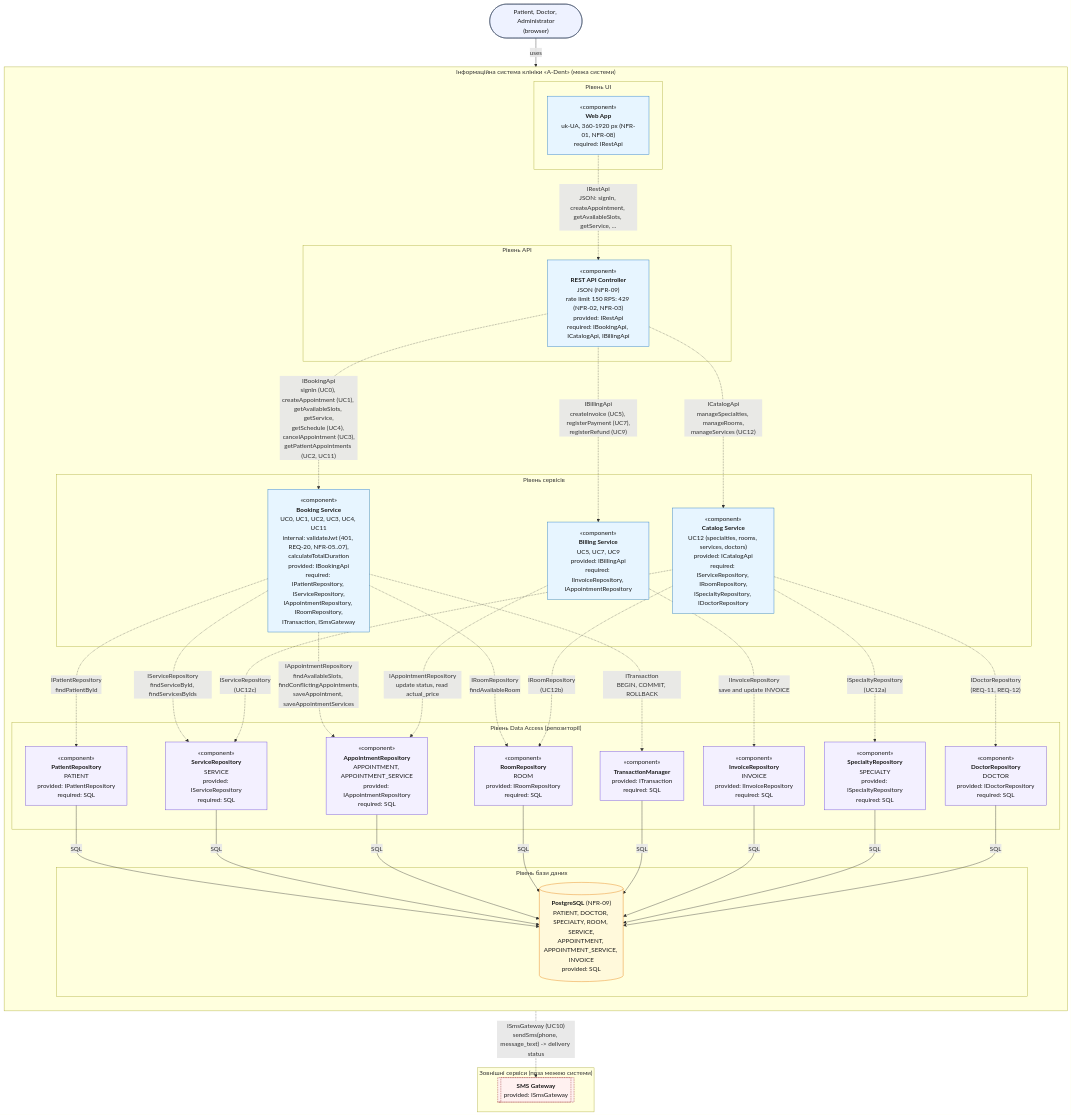
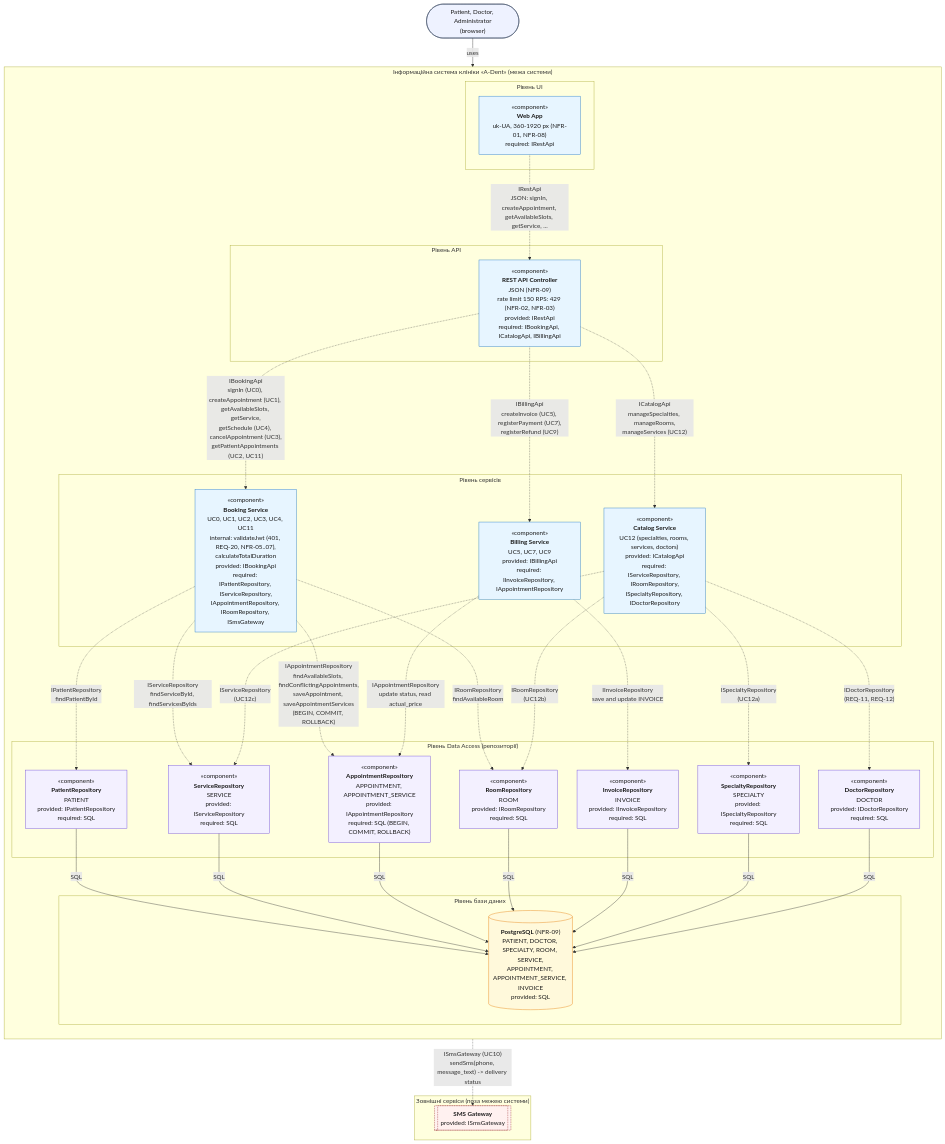
Before and after one commit to dvsqwx/KPI: the diagram in component-diagram.mmd, drawn with Mermaid.

Commit message:
refactor(component): remove TransactionManager and move DB transaction to AppointmentRepository

```diff
--- a/component-diagram.mmd
+++ b/component-diagram.mmd
@@ -1,90 +1,87 @@
 %% Component diagram — архітектура системи «A-Dent», spec.md розділ 12.
 %% Нотація (Mermaid flowchart): прямокутник «component» — компонент; межа системи — зовнішній subgraph; рівні — вкладені subgraph.
 %% У кожному компоненті вказано provided (що він надає) і required (що йому потрібно) інтерфейси.
 %% Пунктирна стрілка — залежність від required-інтерфейсу: напрямок від споживача до постачальника, підпис — інтерфейс і виклики.
 %% Назви методів і сутностей збігаються з sequence-diagram.mmd, activity-diagram.mmd, use-case-diagram.mmd та er-diagram.mmd.
 flowchart TB
 
     Users(["Patient, Doctor, Administrator<br/>(browser)"]):::actor
 
     subgraph SYS["Інформаційна система клініки «A-Dent» (межа системи)"]
         direction TB
 
         subgraph UI["Рівень UI"]
             WebApp["«component»<br/><b>Web App</b><br/>uk-UA, 360-1920 px (NFR-01, NFR-08)<br/>required: IRestApi"]:::comp
         end
 
         subgraph API["Рівень API"]
             Controller["«component»<br/><b>REST API Controller</b><br/>JSON (NFR-09)<br/>rate limit 150 RPS: 429 (NFR-02, NFR-03)<br/>provided: IRestApi<br/>required: IBookingApi, ICatalogApi, IBillingApi"]:::comp
         end
 
         subgraph SVC["Рівень сервісів"]
-            Booking["«component»<br/><b>Booking Service</b><br/>UC0, UC1, UC2, UC3, UC4, UC11<br/>internal: validateJwt (401, REQ-20, NFR-05..07),<br/>calculateTotalDuration<br/>provided: IBookingApi<br/>required: IPatientRepository, IServiceRepository,<br/>IAppointmentRepository, IRoomRepository,<br/>ITransaction, ISmsGateway"]:::comp
+            Booking["«component»<br/><b>Booking Service</b><br/>UC0, UC1, UC2, UC3, UC4, UC11<br/>internal: validateJwt (401, REQ-20, NFR-05..07),<br/>calculateTotalDuration<br/>provided: IBookingApi<br/>required: IPatientRepository, IServiceRepository,<br/>IAppointmentRepository, IRoomRepository, ISmsGateway"]:::comp
             Catalog["«component»<br/><b>Catalog Service</b><br/>UC12 (specialties, rooms, services, doctors)<br/>provided: ICatalogApi<br/>required: IServiceRepository, IRoomRepository,<br/>ISpecialtyRepository, IDoctorRepository"]:::comp
             Billing["«component»<br/><b>Billing Service</b><br/>UC5, UC7, UC9<br/>provided: IBillingApi<br/>required: IInvoiceRepository, IAppointmentRepository"]:::comp
         end
 
         subgraph DA["Рівень Data Access (репозиторії)"]
             PatientRepo["«component»<br/><b>PatientRepository</b><br/>PATIENT<br/>provided: IPatientRepository<br/>required: SQL"]:::repo
             ServiceRepo["«component»<br/><b>ServiceRepository</b><br/>SERVICE<br/>provided: IServiceRepository<br/>required: SQL"]:::repo
-            AppRepo["«component»<br/><b>AppointmentRepository</b><br/>APPOINTMENT, APPOINTMENT_SERVICE<br/>provided: IAppointmentRepository<br/>required: SQL"]:::repo
+            AppRepo["«component»<br/><b>AppointmentRepository</b><br/>APPOINTMENT, APPOINTMENT_SERVICE<br/>provided: IAppointmentRepository<br/>required: SQL (BEGIN, COMMIT, ROLLBACK)"]:::repo
             RoomRepo["«component»<br/><b>RoomRepository</b><br/>ROOM<br/>provided: IRoomRepository<br/>required: SQL"]:::repo
-            TxManager["«component»<br/><b>TransactionManager</b><br/>provided: ITransaction<br/>required: SQL"]:::repo
             InvoiceRepo["«component»<br/><b>InvoiceRepository</b><br/>INVOICE<br/>provided: IInvoiceRepository<br/>required: SQL"]:::repo
             SpecialtyRepo["«component»<br/><b>SpecialtyRepository</b><br/>SPECIALTY<br/>provided: ISpecialtyRepository<br/>required: SQL"]:::repo
             DoctorRepo["«component»<br/><b>DoctorRepository</b><br/>DOCTOR<br/>provided: IDoctorRepository<br/>required: SQL"]:::repo
         end
 
         subgraph DBL["Рівень бази даних"]
             DB[("<b>PostgreSQL</b> (NFR-09)<br/>PATIENT, DOCTOR, SPECIALTY, ROOM, SERVICE,<br/>APPOINTMENT, APPOINTMENT_SERVICE, INVOICE<br/>provided: SQL")]:::db
         end
     end
 
     subgraph EXT["Зовнішні сервіси (поза межею системи)"]
         SMS[["<b>SMS Gateway</b><br/>provided: ISmsGateway"]]:::ext
     end
 
     %% ===== Користувачі і UI =====
     Users -->|"uses"| WebApp
     WebApp -.->|"IRestApi<br/>JSON: signIn, createAppointment, getAvailableSlots, getService, ..."| Controller
 
     %% ===== API -> сервіси =====
     Controller -.->|"IBookingApi<br/>signIn (UC0), createAppointment (UC1), getAvailableSlots, getService,<br/>getSchedule (UC4), cancelAppointment (UC3),<br/>getPatientAppointments (UC2, UC11)"| Booking
     Controller -.->|"ICatalogApi<br/>manageSpecialties, manageRooms,<br/>manageServices (UC12)"| Catalog
     Controller -.->|"IBillingApi<br/>createInvoice (UC5), registerPayment (UC7),<br/>registerRefund (UC9)"| Billing
 
     %% ===== Booking Service -> Data Access =====
     Booking -.->|"IPatientRepository<br/>findPatientById"| PatientRepo
     Booking -.->|"IServiceRepository<br/>findServiceById, findServicesByIds"| ServiceRepo
-    Booking -.->|"IAppointmentRepository<br/>findAvailableSlots, findConflictingAppointments,<br/>saveAppointment, saveAppointmentServices"| AppRepo
+    Booking -.->|"IAppointmentRepository<br/>findAvailableSlots, findConflictingAppointments,<br/>saveAppointment, saveAppointmentServices<br/>(BEGIN, COMMIT, ROLLBACK)"| AppRepo
     Booking -.->|"IRoomRepository<br/>findAvailableRoom"| RoomRepo
-    Booking -.->|"ITransaction<br/>BEGIN, COMMIT, ROLLBACK"| TxManager
 
     %% ===== Catalog Service -> Data Access =====
     Catalog -.->|"IServiceRepository<br/>(UC12c)"| ServiceRepo
     Catalog -.->|"IRoomRepository<br/>(UC12b)"| RoomRepo
     Catalog -.->|"ISpecialtyRepository<br/>(UC12a)"| SpecialtyRepo
     Catalog -.->|"IDoctorRepository<br/>(REQ-11, REQ-12)"| DoctorRepo
 
     %% ===== Billing Service -> Data Access =====
     Billing -.->|"IInvoiceRepository<br/>save and update INVOICE"| InvoiceRepo
     Billing -.->|"IAppointmentRepository<br/>update status, read actual_price"| AppRepo
 
     %% ===== Data Access -> PostgreSQL =====
     PatientRepo -->|"SQL"| DB
     ServiceRepo -->|"SQL"| DB
     AppRepo -->|"SQL"| DB
     RoomRepo -->|"SQL"| DB
-    TxManager -->|"SQL"| DB
     InvoiceRepo -->|"SQL"| DB
     SpecialtyRepo -->|"SQL"| DB
     DoctorRepo -->|"SQL"| DB
 
     %% ===== Зовнішній сервіс =====
     Booking -.->|"ISmsGateway (UC10)<br/>sendSms(phone, message_text) -> delivery status"| SMS
 
     classDef comp fill:#e7f5ff,stroke:#1971c2,color:#1a1a1a;
     classDef repo fill:#f3f0ff,stroke:#6741d9,color:#1a1a1a;
     classDef db fill:#fff9db,stroke:#e67700,color:#1a1a1a;
     classDef ext fill:#fff1f0,stroke:#9b2c2c,stroke-dasharray:4 2,color:#1a1a1a;
     classDef actor fill:#eef2ff,stroke:#33415c,color:#1a1a1a;
```
